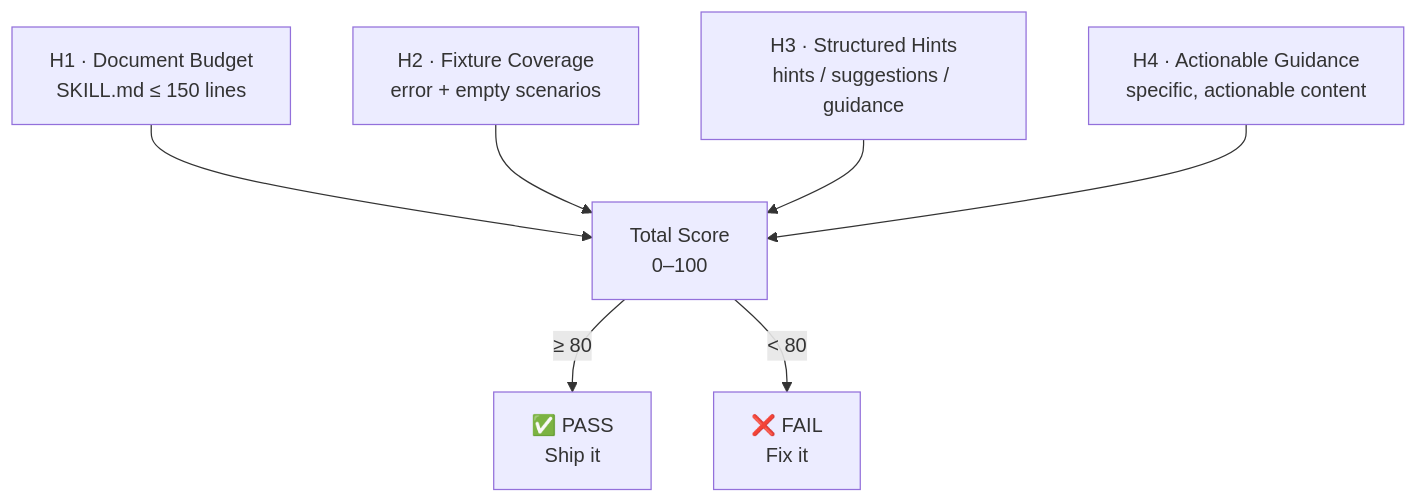
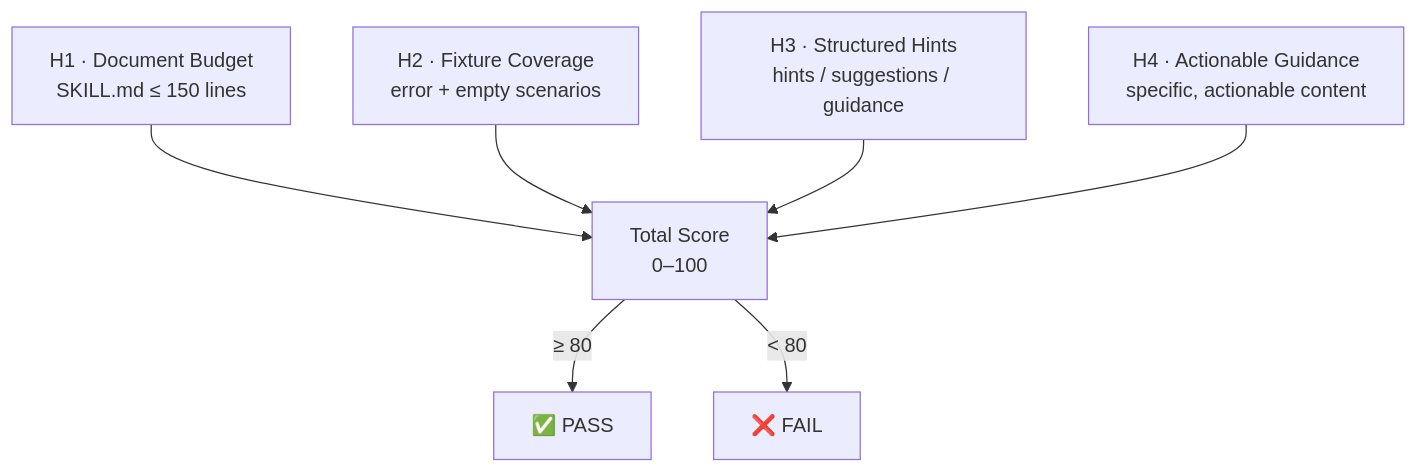
The second of 2 diagrams in README.md (DrDexter6000/talking-cli), drawn with Mermaid before and after one commit. The commit also changed other lines of this file and 23 other files, not shown here.

````diff
--- a/README.md
+++ b/README.md
@@ -87,11 +72,11 @@
 ```mermaid
 graph TD
     H1[H1 · Document Budget<br/>SKILL.md ≤ 150 lines]
     H2[H2 · Fixture Coverage<br/>error + empty scenarios]
     H3[H3 · Structured Hints<br/>hints / suggestions / guidance]
     H4[H4 · Actionable Guidance<br/>specific, actionable content]
 
     H1 & H2 & H3 & H4 --> Score[Total Score<br/>0–100]
-    Score -->|≥ 80| Pass[✅ PASS<br/>Ship it]
-    Score -->|< 80| Fail[❌ FAIL<br/>Fix it]
+    Score -->|≥ 80| Pass[✅ PASS]
+    Score -->|< 80| Fail[❌ FAIL]
 ```
````
